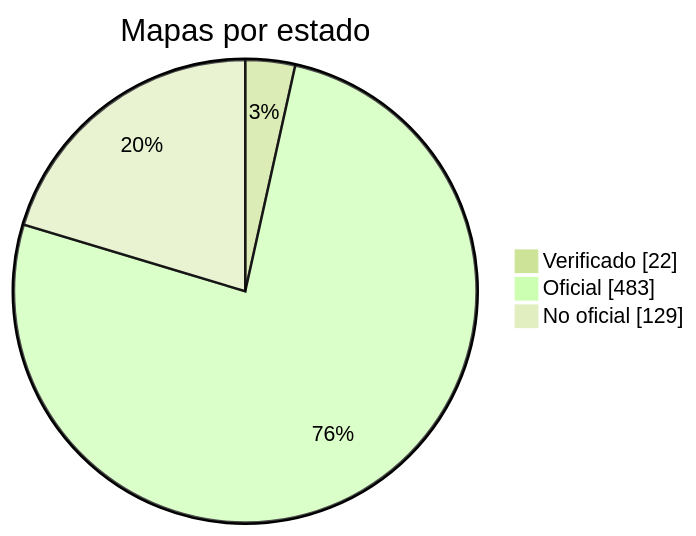
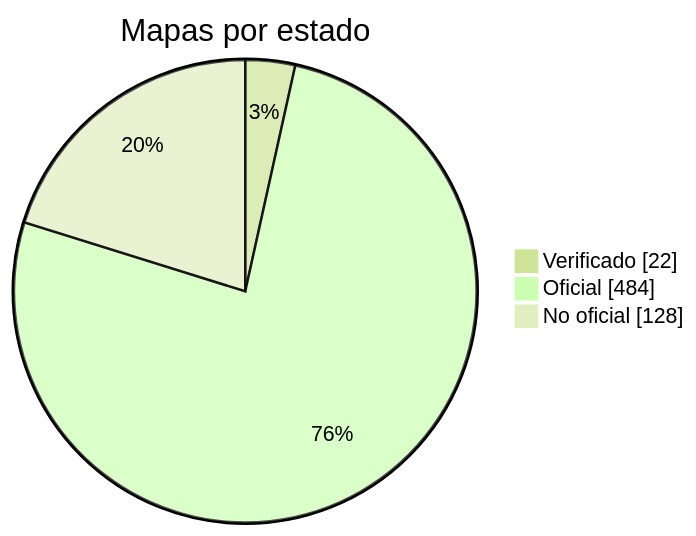
One commit to nobrega8/mbmap-library changed the diagram in docs/readme/README_ES.md. Above: the diagram before and after it, drawn with Mermaid (forest theme). The commit also changed 6 other files, not shown here.

````diff
--- a/docs/readme/README_ES.md
+++ b/docs/readme/README_ES.md
@@ -54,7 +54,7 @@
 ```mermaid
 pie showData
     title Mapas por estado
     "Verificado" : 22
-    "Oficial" : 483
-    "No oficial" : 129
+    "Oficial" : 484
+    "No oficial" : 128
 ```
````
